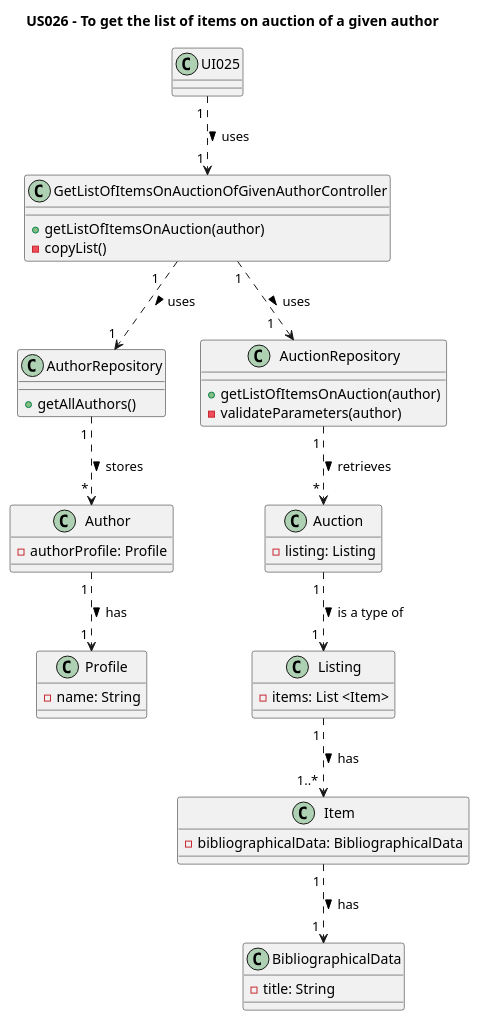
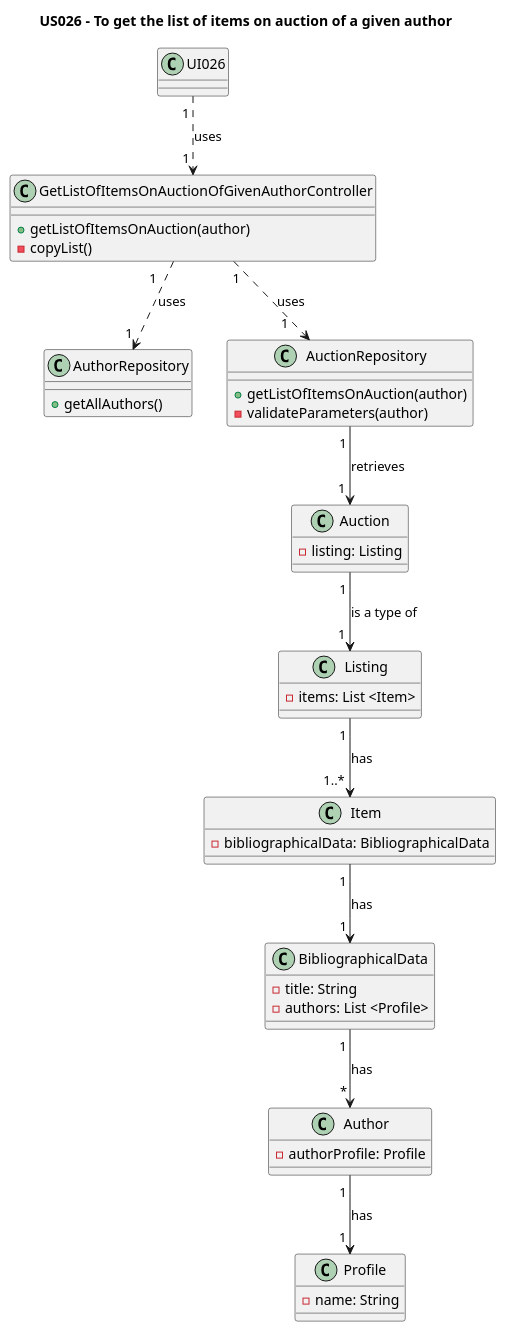
The diagram in Diagrams/ClassDiagrams/US026-to-get-the-list-of-items-on-auction-of-a-given-author.puml (AndrePereiraGitH/SWitCH-Project-Team_A), drawn with PlantUML before and after one commit. The commit also changed 5 other files, not shown here.

```diff
--- a/Diagrams/ClassDiagrams/US026-to-get-the-list-of-items-on-auction-of-a-given-author.puml
+++ b/Diagrams/ClassDiagrams/US026-to-get-the-list-of-items-on-auction-of-a-given-author.puml
@@ -1,59 +1,59 @@
 @startuml
 title US026 - To get the list of items on auction of a given author
 
-class UI025{
+class UI026{
 
 }
 
 class GetListOfItemsOnAuctionOfGivenAuthorController {
   +getListOfItemsOnAuction(author)
   -copyList()
 }
 
 class AuthorRepository{
     +getAllAuthors()
 }
 
 class Author {
   -authorProfile: Profile
 }
 
 class Profile {
   -name: String
 }
 
 class AuctionRepository {
   +getListOfItemsOnAuction(author)
   -validateParameters(author)
 }
 
 class Auction {
   - listing: Listing
 }
 
 class Listing {
   - items: List <Item>
 }
 
 class Item {
     - bibliographicalData: BibliographicalData
 }
 
 class BibliographicalData {
     - title: String
+    - authors: List <Profile>
     }
 
 ' Interactions
 
-UI025 "1 " ..> "1 " GetListOfItemsOnAuctionOfGivenAuthorController : uses >
-GetListOfItemsOnAuctionOfGivenAuthorController  " 1" ..> "1    " AuctionRepository : uses >
-GetListOfItemsOnAuctionOfGivenAuthorController "1    " ..> "1 " AuthorRepository: uses >
-AuctionRepository "1 " ..> " * " Auction : retrieves >
-Auction "1 " ..> " 1 " Listing : is a type of >
-AuthorRepository "1 " ..> "          *" Author : stores >
-Author "1 " ..> "1 " Profile : has >
-Listing "1 " ..> "          1..*" Item: has >
-Item "1 " ..> "          1" BibliographicalData: has >
-
+UI026 "1 " ..> "1 " GetListOfItemsOnAuctionOfGivenAuthorController : uses
+GetListOfItemsOnAuctionOfGivenAuthorController  " 1" ..> "1    " AuctionRepository : uses
+GetListOfItemsOnAuctionOfGivenAuthorController "1    " ..> "1 " AuthorRepository: uses
+AuctionRepository "1 " --> " 1 " Auction : retrieves
+Auction "1 " --> " 1 " Listing : is a type of
+BibliographicalData "1 " --> "          *" Author : has
+Author "1 " --> "1 " Profile : has
+Listing "1 " --> "          1..*" Item: has
+Item "1 " --> "          1" BibliographicalData: has
 
 @enduml
```
